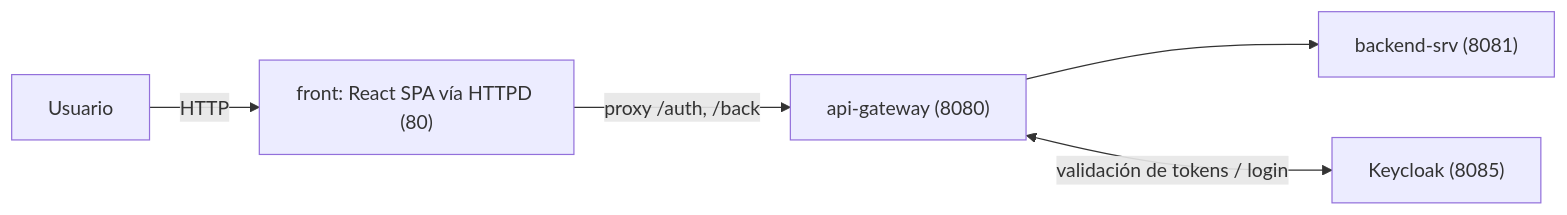
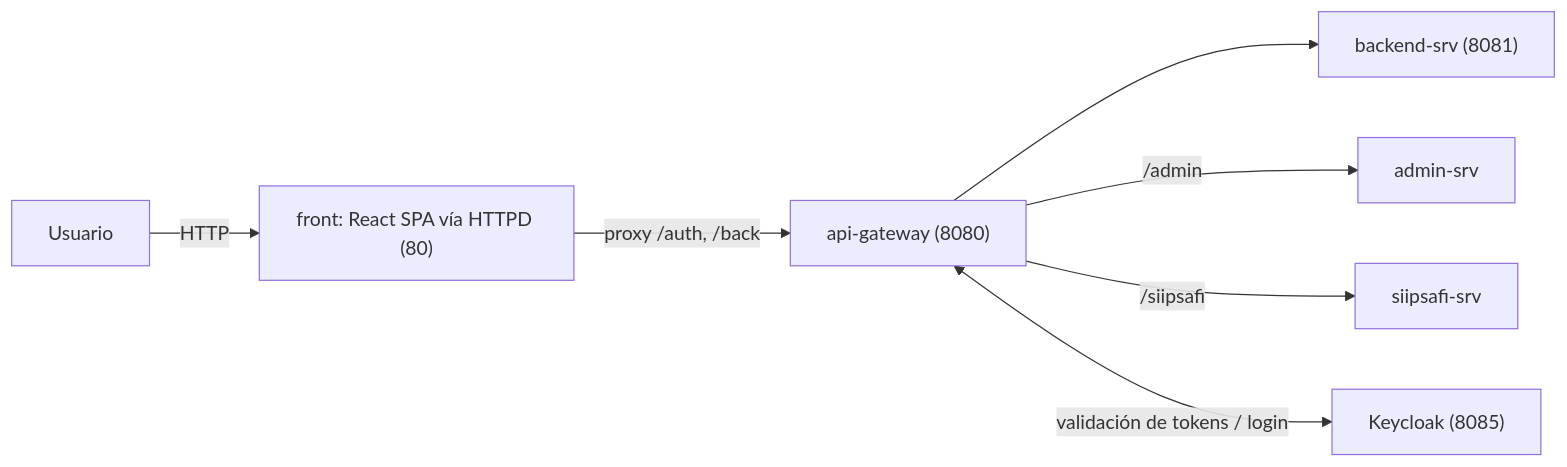
Before and after one commit to oparias-debug/migration: the diagram in README.md, drawn with Mermaid. The commit also changed other lines of this file and 398 other files, not shown here.

Commit message:
sincronizacion con siip: main al dia (PR #75 integrado, CU-PRE-25, correcciones de CU-PRE-07/08/09 y servicios de admin y safi).

````diff
--- a/README.md
+++ b/README.md
@@ -40,7 +46,9 @@
 ```mermaid
 flowchart LR
     Usuario -->|HTTP| Front["front: React SPA vía HTTPD (80)"]
     Front -->|proxy /auth, /back| Gateway["api-gateway (8080)"]
     Gateway --> Back["backend-srv (8081)"]
+    Gateway -->|/admin| Admin["admin-srv"]
+    Gateway -->|/siipsafi| Safi["siipsafi-srv"]
     Gateway <-->|validación de tokens / login| Keycloak["Keycloak (8085)"]
 ```
````
